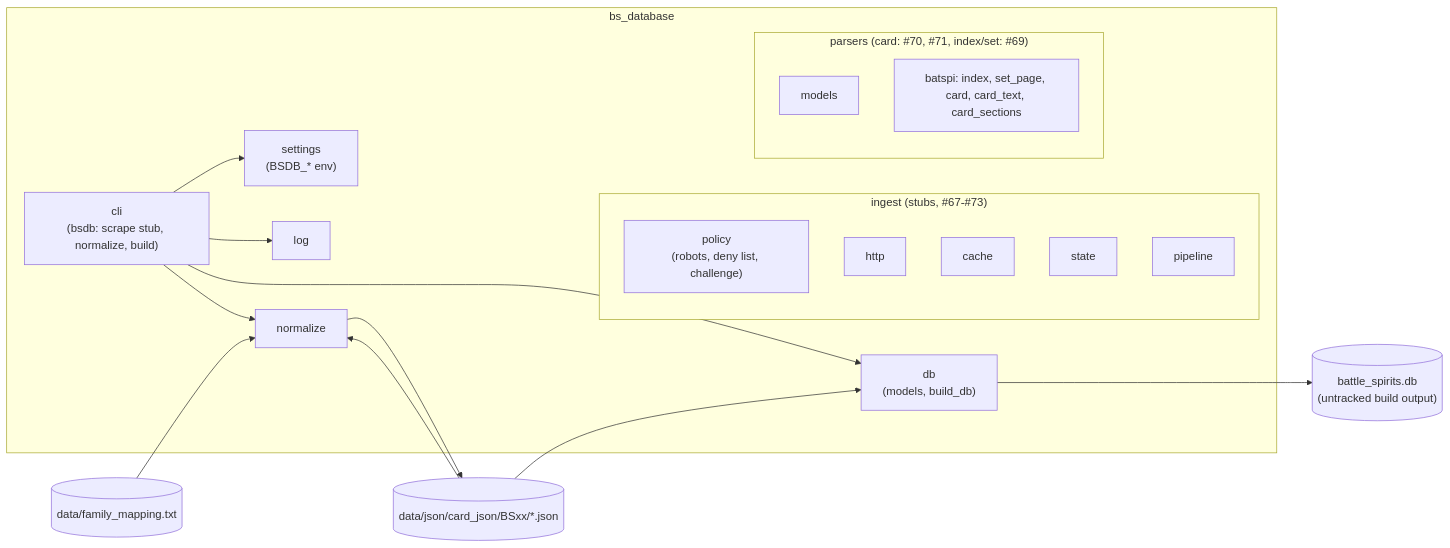
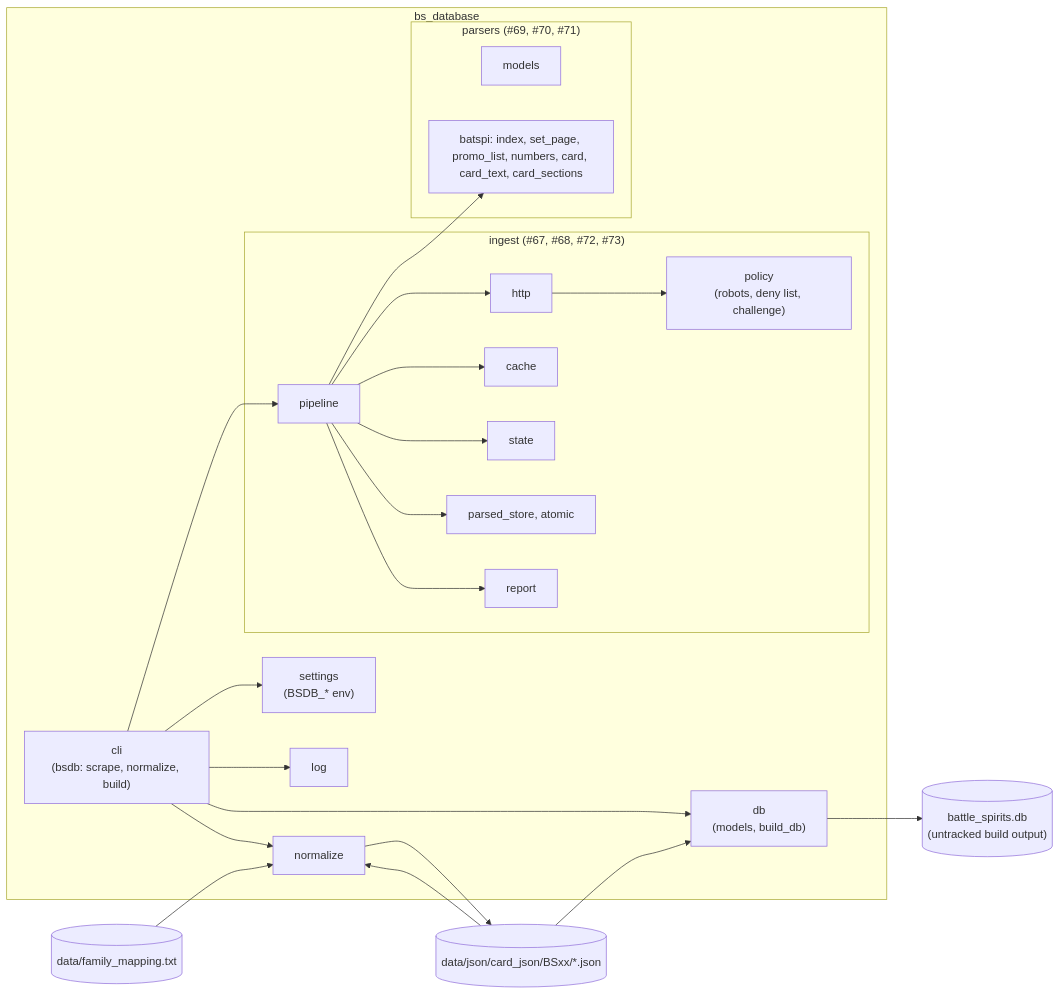
Before and after one commit to AleFire99/BS_Database: the first of 3 diagrams in docs/architecture/overview.md, drawn with Mermaid. The commit also changed other lines of this file and 6 other files, not shown here.

First line of the commit message:
docs(scraper): document the pipeline, parsed json and cli reference

````diff
--- a/docs/architecture/overview.md
+++ b/docs/architecture/overview.md
@@ -7,35 +7,45 @@
 ```mermaid
 flowchart LR
     subgraph bs_database
-        CLI["cli<br/>(bsdb: scrape stub, normalize, build)"]
+        CLI["cli<br/>(bsdb: scrape, normalize, build)"]
         SET["settings<br/>(BSDB_* env)"]
         LOG["log"]
-        subgraph ingest["ingest (stubs, #67-#73)"]
+        subgraph ingest["ingest (#67, #68, #72, #73)"]
             POL["policy<br/>(robots, deny list, challenge)"]
             HTTP["http"]
             CACHE["cache"]
             STATE["state"]
             PIPE["pipeline"]
+            PSTORE["parsed_store, atomic"]
+            REPORT["report"]
         end
-        subgraph parsers["parsers (card: #70, #71, index/set: #69)"]
+        subgraph parsers["parsers (#69, #70, #71)"]
             MODELS["models"]
-            BPARSE["batspi: index, set_page, card, card_text, card_sections"]
+            BPARSE["batspi: index, set_page, promo_list, numbers, card, card_text, card_sections"]
         end
         NORM["normalize"]
         DBM["db<br/>(models, build_db)"]
     end
 
     CJ[("data/json/card_json/BSxx/*.json")]
     FM[("data/family_mapping.txt")]
     DB[("battle_spirits.db<br/>(untracked build output)")]
 
     CLI --> SET
     CLI --> LOG
     CLI --> NORM
     CLI --> DBM
+    CLI --> PIPE
+    PIPE --> HTTP
+    PIPE --> CACHE
+    PIPE --> STATE
+    PIPE --> PSTORE
+    PIPE --> REPORT
+    PIPE --> BPARSE
+    HTTP --> POL
 
     CJ --> NORM
     FM --> NORM
     NORM --> CJ
     CJ --> DBM --> DB
 ```
````
